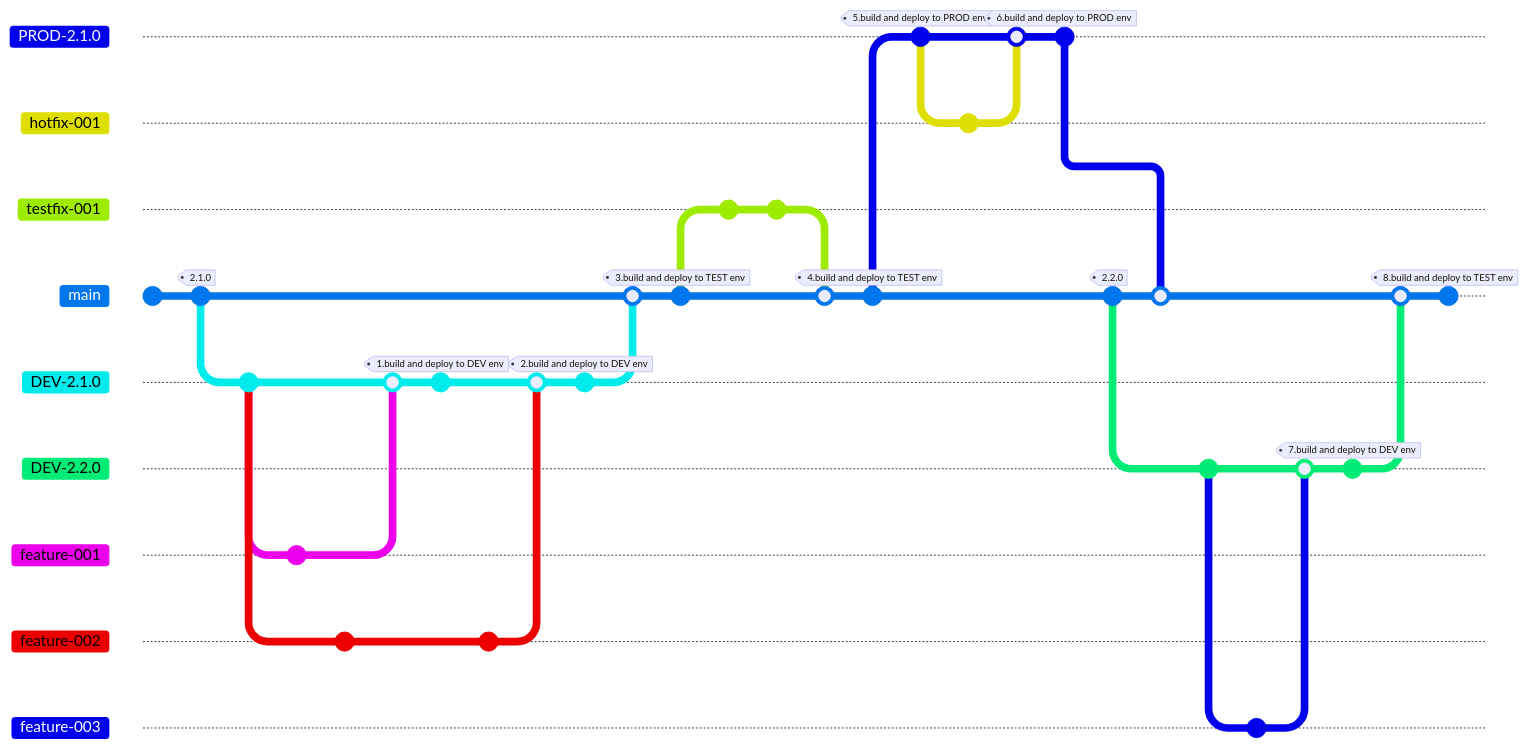
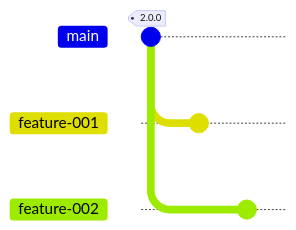
Before and after one commit to ijmitch/zdevops-git: diagram 20 of 20 in ukge-2025-navigating-route-to-live-presentation.qmd, drawn with Mermaid. The commit also changed other lines of this file, not shown here. Commit ids are hidden.

````diff
--- a/ukge-2025-navigating-route-to-live-presentation.qmd
+++ b/ukge-2025-navigating-route-to-live-presentation.qmd
@@ -835,61 +849,20 @@
 ```{mermaid}
 ---
 config:
   fontFamily: "IBM Plex Sans"
   gitGraph:
     showCommitLabel: false
     mainBranchOrder: 5
 ---
 gitGraph
-  commit
-  commit tag: "2.1.0"
-  branch DEV-2.1.0  order: 10
-  commit
+  checkout main
+  commit tag: "2.0.0"
+  %% branch release/1.9.8
+  %% commit
+  checkout main 
   branch feature-001 order: 15
   commit
-  checkout DEV-2.1.0
+  checkout main
   branch feature-002 order: 15
   commit
-  checkout DEV-2.1.0
-  merge feature-001
-  commit tag: "1.build and deploy to DEV env"
-  checkout feature-002
-  commit
-  checkout DEV-2.1.0
-  merge feature-002
-  commit tag: "2.build and deploy to DEV env"
-  checkout main
-  merge DEV-2.1.0
-  commit tag: "3.build and deploy to TEST env"
-  branch testfix-001 order: 4
-  commit
-  commit
-  checkout main
-  merge testfix-001
-  commit tag: "4.build and deploy to TEST env"
-  branch PROD-2.1.0
-  %% merge main
-  commit tag: "5.build and deploy to PROD env"
-  branch hotfix-001 order: 1
-  commit
-  checkout PROD-2.1.0
-  merge hotfix-001
-  commit tag: "6.build and deploy to PROD env"
-  checkout main
-  commit tag: "2.2.0"
-  branch DEV-2.2.0 order: 14
-  checkout main
-  merge PROD-2.1.0
-  %% merge PROD
-  checkout DEV-2.2.0
-  commit
-  %% merge PROD
-  branch feature-003 order: 20
-  commit
-  checkout DEV-2.2.0
-  merge feature-003
-  commit tag: "7.build and deploy to DEV env"
-  checkout main
-  merge DEV-2.2.0
-  commit tag: "8.build and deploy to TEST env"
 ```
````
